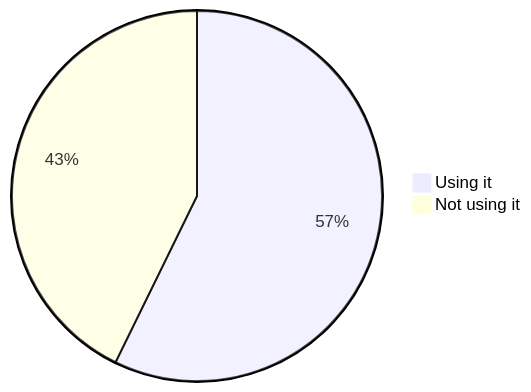
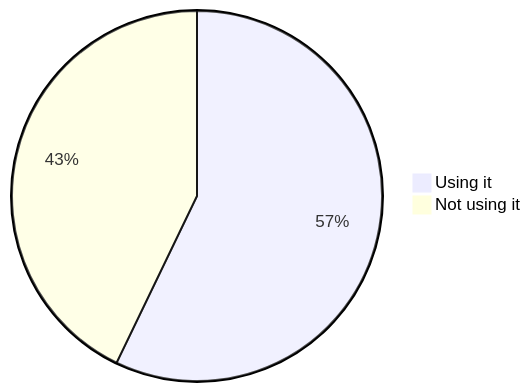
Before and after one commit to oshp/oshp-stats: the second of 22 diagrams in stats.md, drawn with Mermaid. The commit also changed other lines of this file, not shown here.

````diff
--- a/stats.md
+++ b/stats.md
@@ -22,6 +22,6 @@
 ```mermaid
 pie
-	"Using it" : 57.25
-	"Not using it" : 42.75
+	"Using it" : 57.15
+	"Not using it" : 42.85
 
 ```
````
